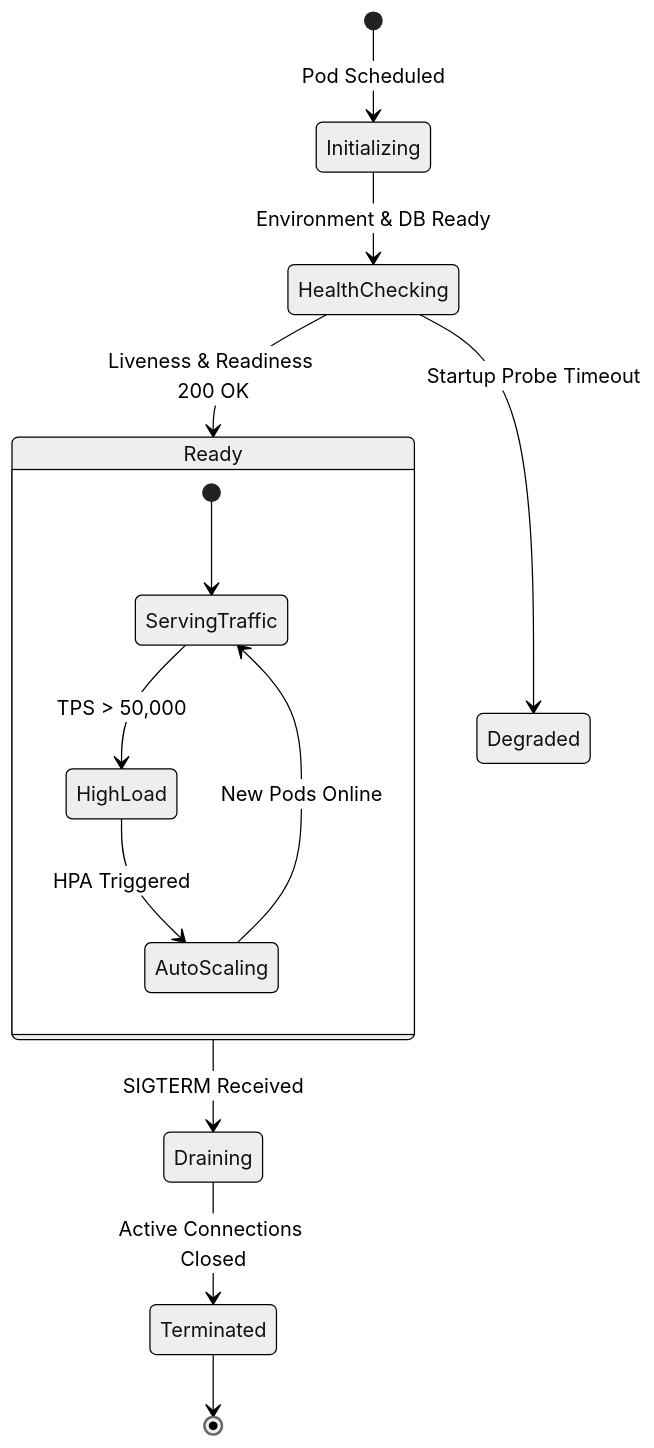
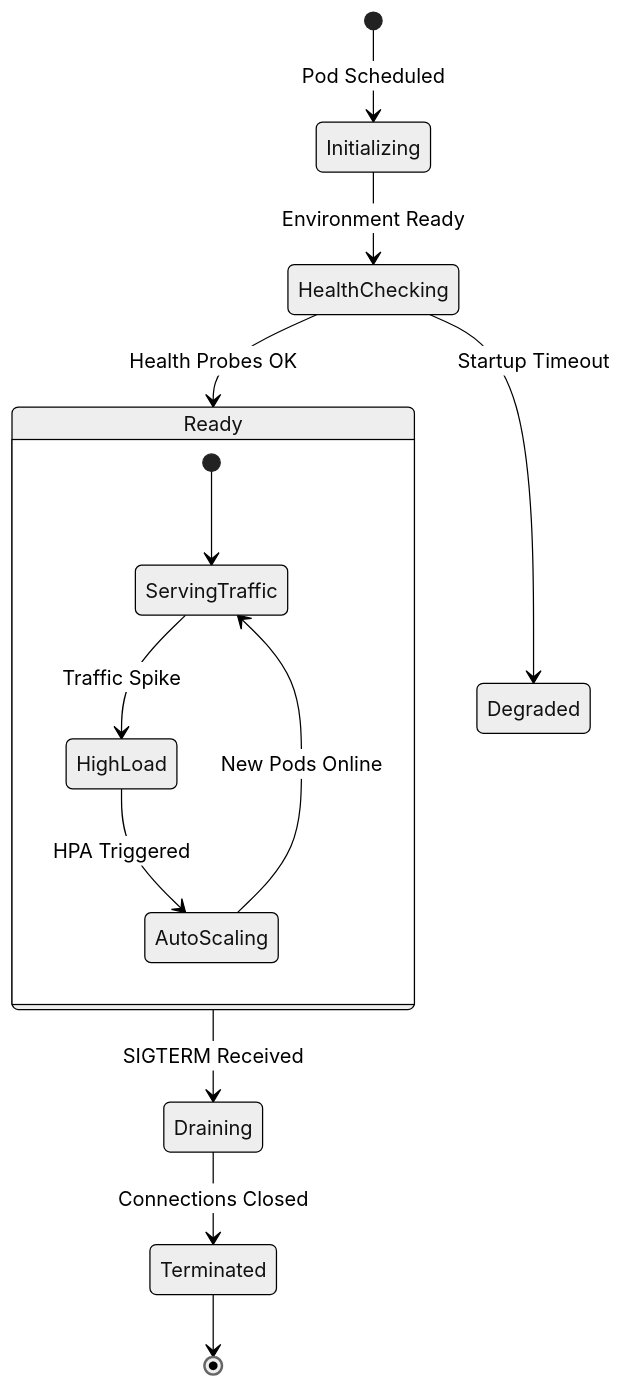
One commit to taherankhan/md2pdf changed the fourth of 4 diagrams in public/sample-document.md. Above: the diagram before and after it, drawn with Mermaid (neutral theme). The commit also changed other lines of this file and 1 other file, not shown here.

Commit message:
fix: update sample markdown with clean valid mermaid syntax

````diff
--- a/public/sample-document.md
+++ b/public/sample-document.md
@@ -362,18 +354,18 @@
 ```mermaid
 stateDiagram-v2
     [*] --> Initializing : Pod Scheduled
-    Initializing --> HealthChecking : Environment & DB Ready
-    HealthChecking --> Ready : Liveness & Readiness 200 OK
-    HealthChecking --> Degraded : Startup Probe Timeout
+    Initializing --> HealthChecking : Environment Ready
+    HealthChecking --> Ready : Health Probes OK
+    HealthChecking --> Degraded : Startup Timeout
 
     state Ready {
         [*] --> ServingTraffic
-        ServingTraffic --> HighLoad : TPS > 50,000
+        ServingTraffic --> HighLoad : Traffic Spike
         HighLoad --> AutoScaling : HPA Triggered
         AutoScaling --> ServingTraffic : New Pods Online
     }
 
     Ready --> Draining : SIGTERM Received
-    Draining --> Terminated : Active Connections Closed
+    Draining --> Terminated : Connections Closed
     Terminated --> [*]
 ```
````
